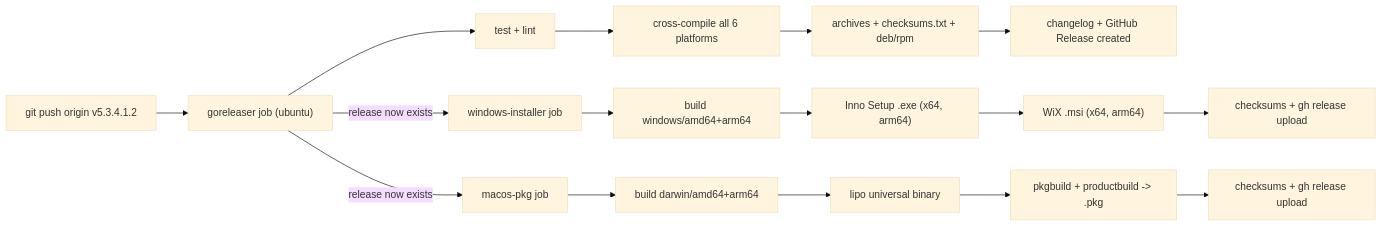
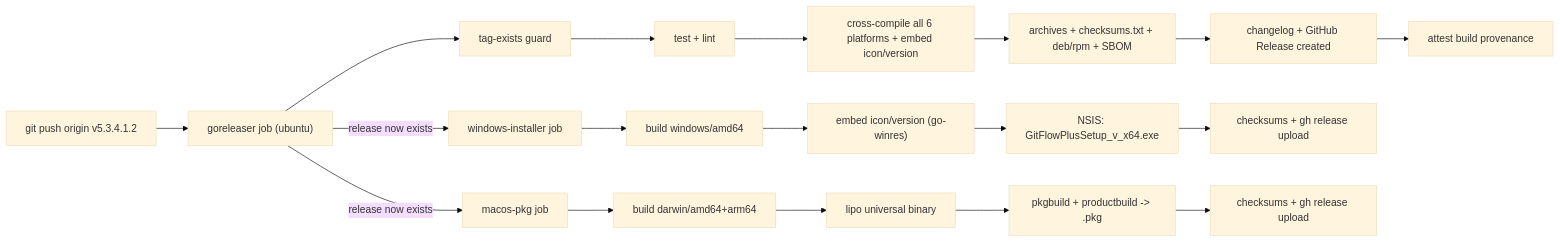
The diagram in ReleaseProcess.md (tabnaeem/git-flow-plus), drawn with Mermaid (base theme) before and after one commit. The commit also changed other lines of this file and 20 other files, not shown here.

Commit message:
Fixing over the windows installation build

````diff
--- a/ReleaseProcess.md
+++ b/ReleaseProcess.md
@@ -37,18 +51,20 @@
 ```mermaid
 graph LR
     TAG["git push origin v5.3.4.1.2"] --> GR["goreleaser job (ubuntu)"]
     GR -->|"release now exists"| WIN["windows-installer job"]
     GR -->|"release now exists"| MAC["macos-pkg job"]
-    GR --> R1["test + lint"]
-    R1 --> R2["cross-compile all 6 platforms"]
-    R2 --> R3["archives + checksums.txt + deb/rpm"]
+    GR --> R0["tag-exists guard"]
+    R0 --> R1["test + lint"]
+    R1 --> R2["cross-compile all 6 platforms + embed icon/version"]
+    R2 --> R3["archives + checksums.txt + deb/rpm + SBOM"]
     R3 --> R4["changelog + GitHub Release created"]
-    WIN --> W1["build windows/amd64+arm64"]
-    W1 --> W2["Inno Setup .exe (x64, arm64)"]
-    W2 --> W3["WiX .msi (x64, arm64)"]
+    R4 --> R5["attest build provenance"]
+    WIN --> W1["build windows/amd64"]
+    W1 --> W2["embed icon/version (go-winres)"]
+    W2 --> W3["NSIS: GitFlowPlusSetup_v_x64.exe"]
     W3 --> W4["checksums + gh release upload"]
     MAC --> M1["build darwin/amd64+arm64"]
     M1 --> M2["lipo universal binary"]
     M2 --> M3["pkgbuild + productbuild -> .pkg"]
     M3 --> M4["checksums + gh release upload"]
 ```
````
